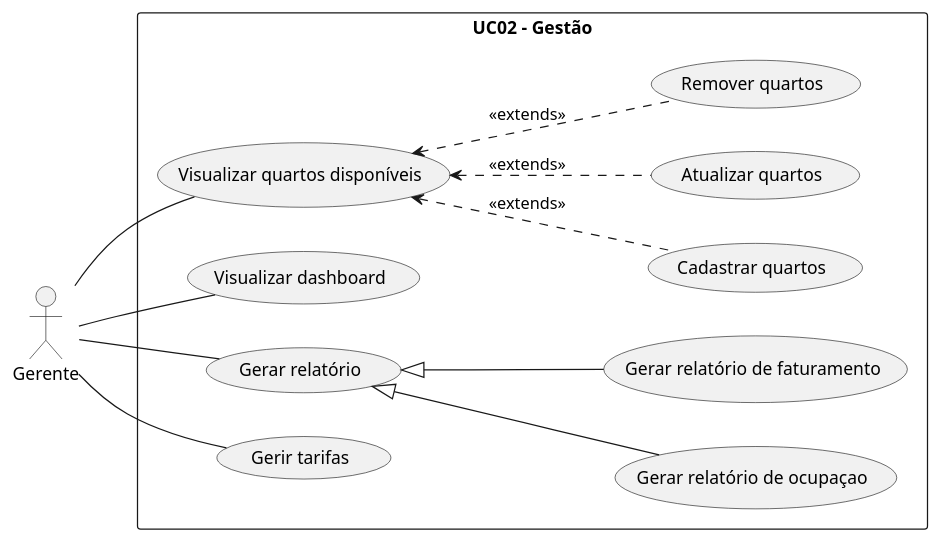
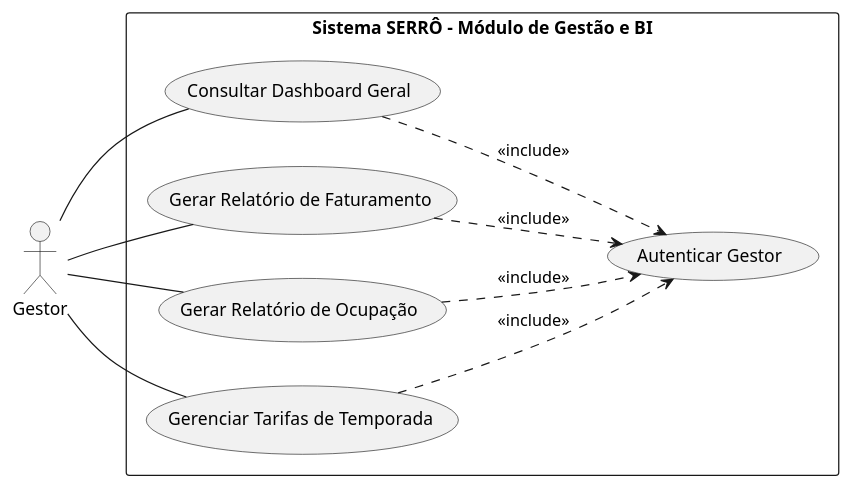
One commit to gusjjpv/serro-hotelaria changed the diagram in diagramas/UC2_gestao.iuml. Above: the diagram before and after it, drawn with PlantUML.

Commit message:
Caso de Uso Gestor

```diff
--- a/diagramas/UC2_gestao.iuml
+++ b/diagramas/UC2_gestao.iuml
@@ -1,32 +1,26 @@
 @startuml
+left to right direction
 
-left to right direction
-actor "Gerente" as gerente
+actor "Gestor" as g
 
-rectangle "UC02 - Gestão"{
-    usecase "Visualizar quartos disponíveis" as visualizar_quartos
-    usecase "Cadastrar quartos" as cadastrar_quartos
-    usecase "Atualizar quartos" as atualizar_quartos
-    usecase "Remover quartos" as remover_quartos
-    usecase "Visualizar dashboard" as visualizar_dashboard
-    usecase "Gerar relatório" as gerar_relatorio
-    usecase "Gerar relatório de ocupaçao" as gerar_relatorio_ocupacao
-    usecase "Gerar relatório de faturamento" as gerar_relatorio_faturamento
-    usecase "Gerir tarifas" as gerir_tarifas
+rectangle "Sistema SERRÔ - Módulo de Gestão e BI" {
+    usecase "Autenticar Gestor" as auth
+    
+        usecase "Consultar Dashboard Geral" as uc17
+        usecase "Gerar Relatório de Faturamento" as uc18
+        usecase "Gerar Relatório de Ocupação" as uc19
+        usecase "Gerenciar Tarifas de Temporada" as uc20
+
+
+    g -- uc17
+    g -- uc18
+    g -- uc19
+    g -- uc20
+
+    uc17 ..> auth : <<include>>
+    uc18 ..> auth : <<include>>
+    uc19 ..> auth : <<include>>
+    uc20 ..> auth : <<include>>
 }
 
-gerente -- visualizar_quartos
-visualizar_quartos <.. cadastrar_quartos: <<extends>>
-visualizar_quartos <.. atualizar_quartos: <<extends>>
-visualizar_quartos <.. remover_quartos: <<extends>>
-
-gerente -- visualizar_dashboard
-
-gerente -- gerar_relatorio
-gerar_relatorio <|-- gerar_relatorio_ocupacao
-gerar_relatorio <|-- gerar_relatorio_faturamento
-
-gerente -- gerir_tarifas
-
-
 @enduml
```
